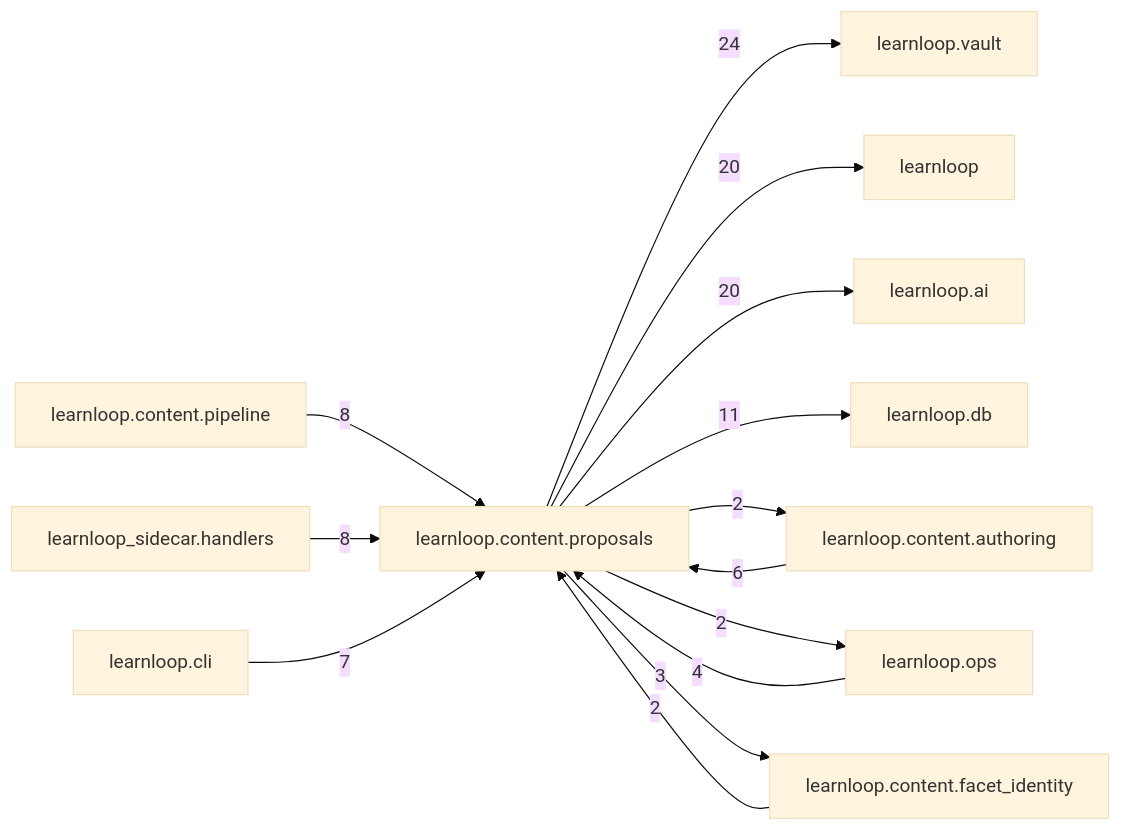
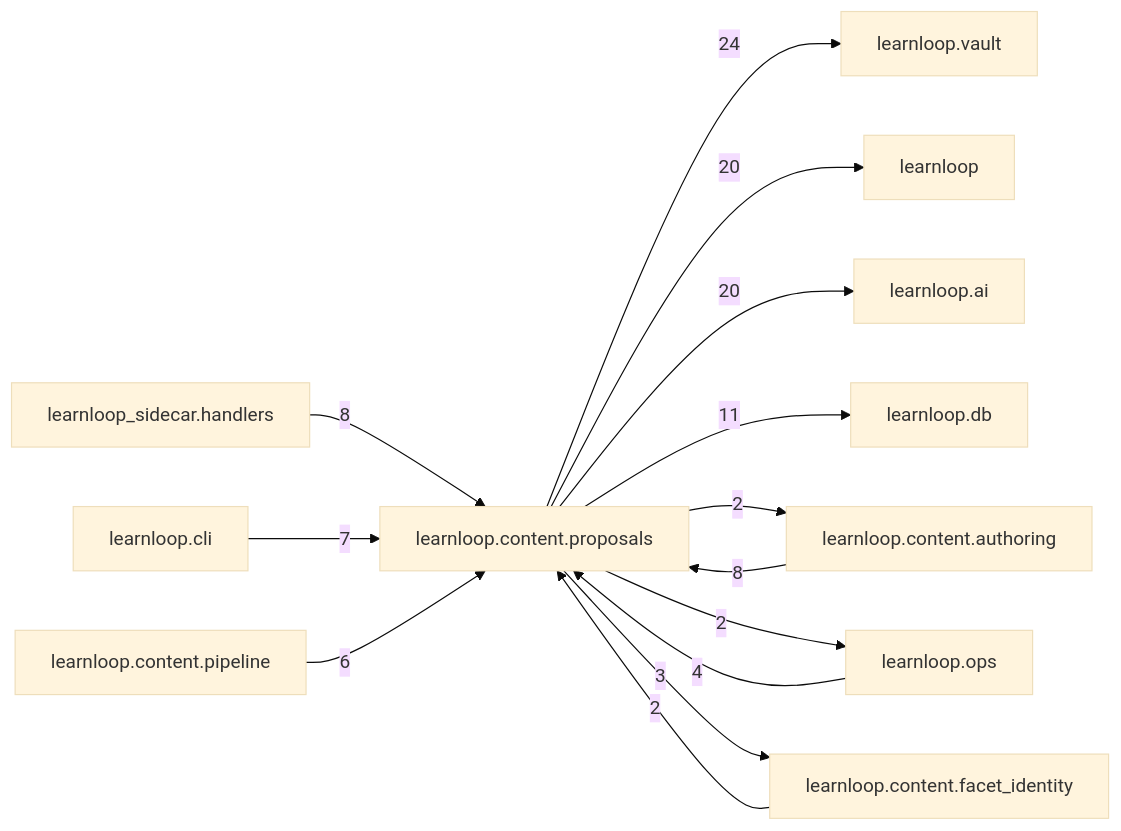
Before and after one commit to 6up-b/learnanything: the diagram in docs/learnloop-architecture-vault/Reference/Modules/learnloop/content/proposals/_package.md, drawn with Mermaid (base theme). The commit also changed other lines of this file and 315 other files, not shown here.

````diff
--- a/docs/learnloop-architecture-vault/Reference/Modules/learnloop/content/proposals/_package.md
+++ b/docs/learnloop-architecture-vault/Reference/Modules/learnloop/content/proposals/_package.md
@@ -108,27 +108,27 @@
 ```mermaid
 flowchart LR
     center["learnloop.content.proposals"]
     n_learnloop_vault["learnloop.vault"]
     n_learnloop["learnloop"]
     n_learnloop_ai["learnloop.ai"]
     n_learnloop_db["learnloop.db"]
     n_learnloop_content_authoring["learnloop.content.authoring"]
-    n_learnloop_content_pipeline["learnloop.content.pipeline"]
     n_learnloop_sidecar_handlers["learnloop_sidecar.handlers"]
     n_learnloop_cli["learnloop.cli"]
+    n_learnloop_content_pipeline["learnloop.content.pipeline"]
     n_learnloop_ops["learnloop.ops"]
     n_learnloop_content_facet_identity["learnloop.content.facet_identity"]
     center -->|24| n_learnloop_vault
     center -->|20| n_learnloop
     center -->|20| n_learnloop_ai
     center -->|11| n_learnloop_db
-    n_learnloop_content_authoring -->|6| center
+    n_learnloop_content_authoring -->|8| center
     center -->|2| n_learnloop_content_authoring
-    n_learnloop_content_pipeline -->|8| center
     n_learnloop_sidecar_handlers -->|8| center
     n_learnloop_cli -->|7| center
+    n_learnloop_content_pipeline -->|6| center
     n_learnloop_ops -->|4| center
     center -->|2| n_learnloop_ops
     n_learnloop_content_facet_identity -->|2| center
     center -->|3| n_learnloop_content_facet_identity
 ```
````
